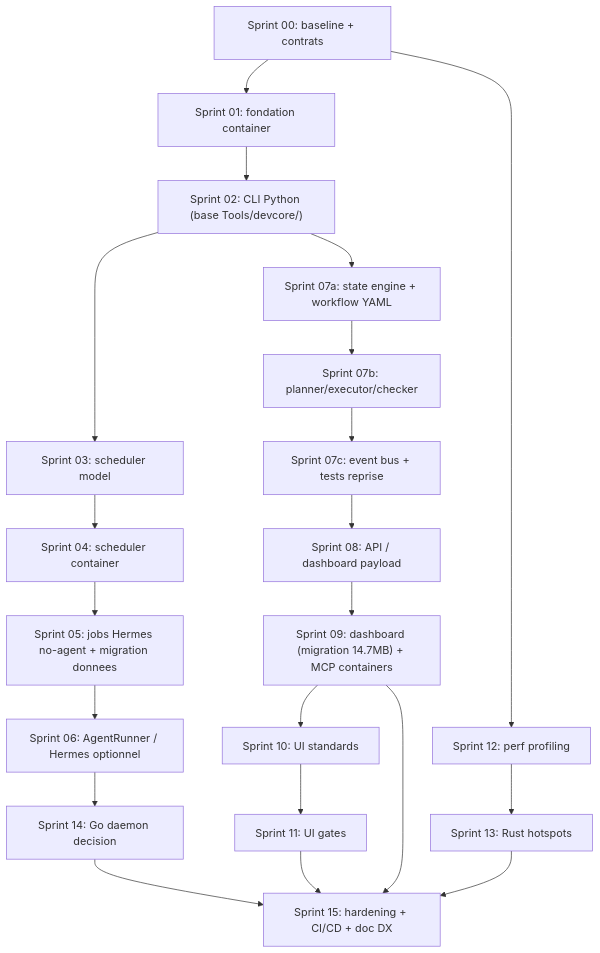
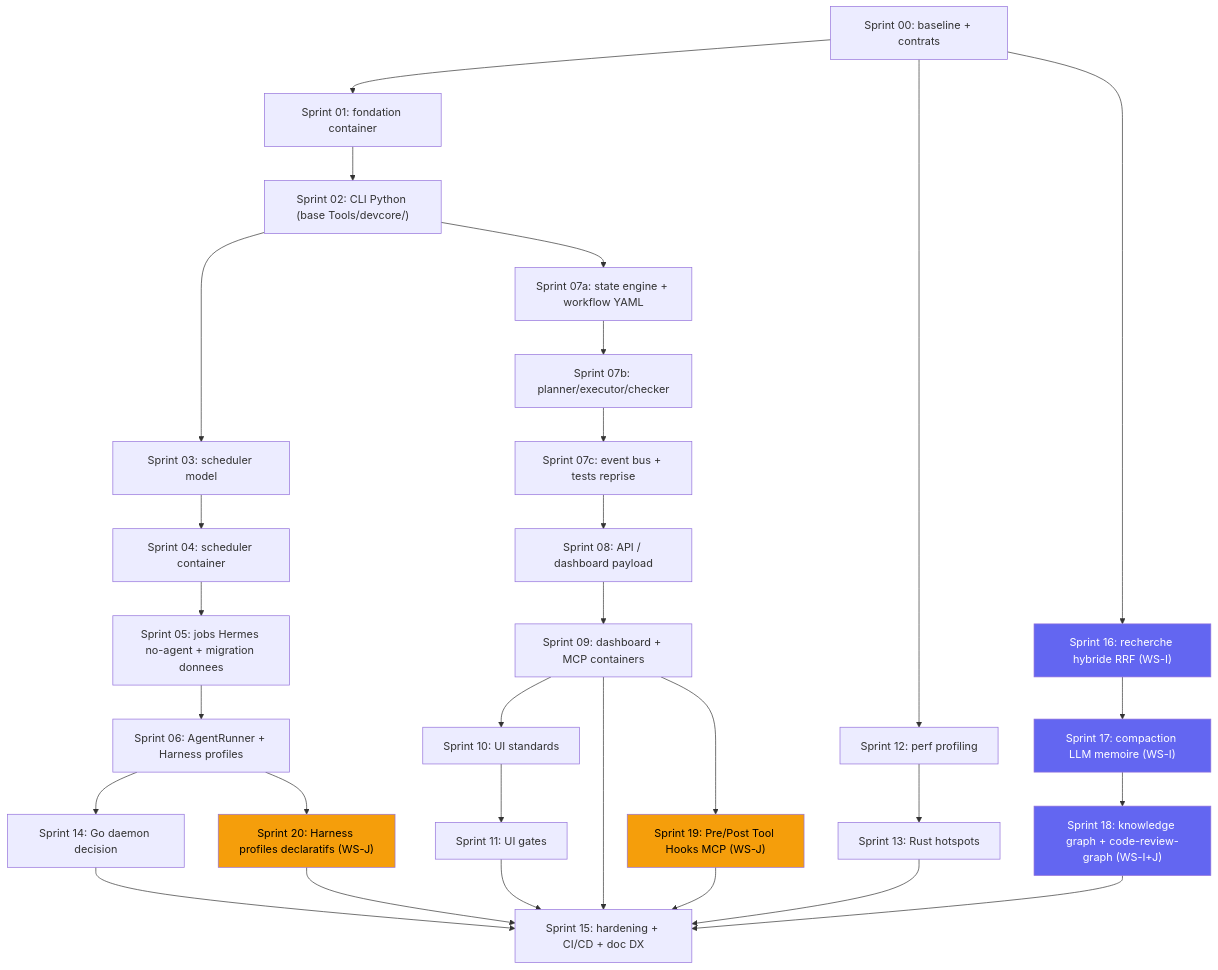
The diagram in docs/DEV_CORE_v10_UNIFIED_IMPLEMENTATION_ROADMAP.md (trabelssi38/devcore), drawn with Mermaid before and after one commit. The commit also changed other lines of this file and 2 other files, not shown here.

Commit message:
docs: integrate marm-memory and 3-repo analyses into roadmap v10

````diff
--- a/docs/DEV_CORE_v10_UNIFIED_IMPLEMENTATION_ROADMAP.md
+++ b/docs/DEV_CORE_v10_UNIFIED_IMPLEMENTATION_ROADMAP.md
@@ -555,23 +852,36 @@
 ```mermaid
 flowchart TD
     A["Sprint 00: baseline + contrats"] --> B["Sprint 01: fondation container"]
     B --> C["Sprint 02: CLI Python (base Tools/devcore/)"]
     C --> D["Sprint 03: scheduler model"]
     D --> E["Sprint 04: scheduler container"]
     E --> F["Sprint 05: jobs Hermes no-agent + migration donnees"]
-    F --> G["Sprint 06: AgentRunner / Hermes optionnel"]
+    F --> G["Sprint 06: AgentRunner + Harness profiles"]
     C --> H1["Sprint 07a: state engine + workflow YAML"]
     H1 --> H2["Sprint 07b: planner/executor/checker"]
     H2 --> H3["Sprint 07c: event bus + tests reprise"]
     H3 --> I["Sprint 08: API / dashboard payload"]
-    I --> J["Sprint 09: dashboard (migration 14.7MB) + MCP containers"]
+    I --> J["Sprint 09: dashboard + MCP containers"]
     J --> K["Sprint 10: UI standards"]
     K --> L["Sprint 11: UI gates"]
     A --> M["Sprint 12: perf profiling"]
     M --> N["Sprint 13: Rust hotspots"]
     G --> O["Sprint 14: Go daemon decision"]
     J --> P["Sprint 15: hardening + CI/CD + doc DX"]
     L --> P
     N --> P
     O --> P
+    A --> Q["Sprint 16: recherche hybride RRF (WS-I)"]
+    Q --> R["Sprint 17: compaction LLM memoire (WS-I)"]
+    R --> S["Sprint 18: knowledge graph + code-review-graph (WS-I+J)"]
+    S --> P
+    J --> T["Sprint 19: Pre/Post Tool Hooks MCP (WS-J)"]
+    T --> P
+    G --> U["Sprint 20: Harness profiles declaratifs (WS-J)"]
+    U --> P
+    style Q fill:#6366f1,color:#fff
+    style R fill:#6366f1,color:#fff
+    style S fill:#6366f1,color:#fff
+    style T fill:#f59e0b,color:#000
+    style U fill:#f59e0b,color:#000
 ```
````
